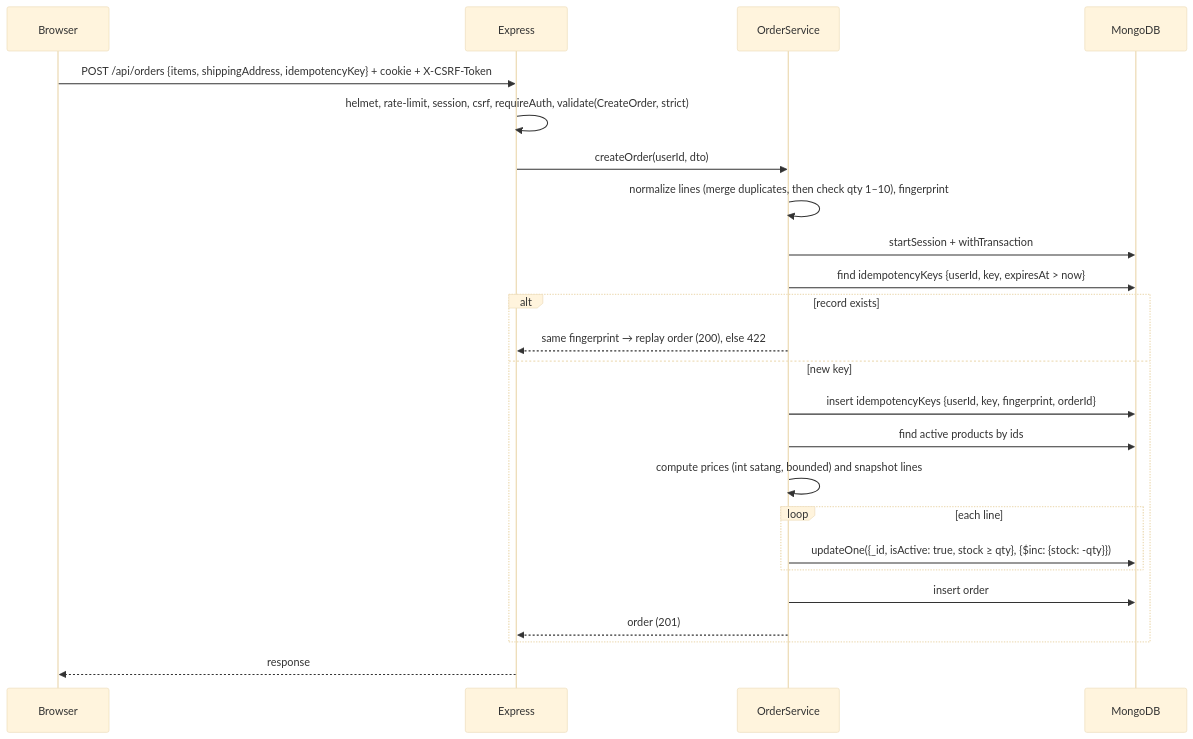
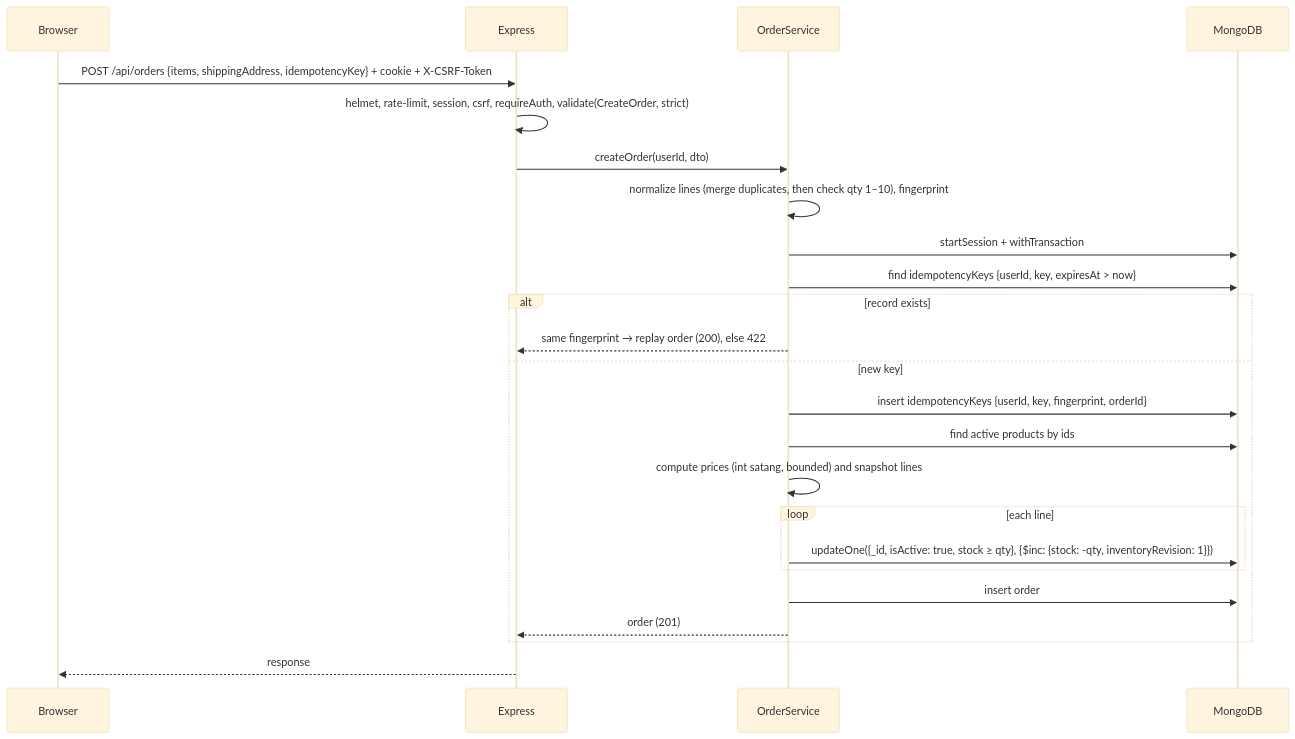
One commit to JameThaksin/it-peripheral-store changed the third of 3 diagrams in docs/architecture/SYSTEM_ARCHITECTURE.md. Above: the diagram before and after it, drawn with Mermaid (base theme). The commit also changed other lines of this file and 8 other files, not shown here.

````diff
--- a/docs/architecture/SYSTEM_ARCHITECTURE.md
+++ b/docs/architecture/SYSTEM_ARCHITECTURE.md
@@ -112,26 +112,26 @@
 ```mermaid
 sequenceDiagram
   participant B as Browser
   participant E as Express
   participant S as OrderService
   participant DB as MongoDB
   B->>E: POST /api/orders {items, shippingAddress, idempotencyKey} + cookie + X-CSRF-Token
   E->>E: helmet, rate-limit, session, csrf, requireAuth, validate(CreateOrder, strict)
   E->>S: createOrder(userId, dto)
   S->>S: normalize lines (merge duplicates, then check qty 1–10), fingerprint
   S->>DB: startSession + withTransaction
   S->>DB: find idempotencyKeys {userId, key, expiresAt > now}
   alt record exists
     S-->>E: same fingerprint → replay order (200), else 422
   else new key
     S->>DB: insert idempotencyKeys {userId, key, fingerprint, orderId}
     S->>DB: find active products by ids
     S->>S: compute prices (int satang, bounded) and snapshot lines
     loop each line
-      S->>DB: updateOne({_id, isActive: true, stock ≥ qty}, {$inc: {stock: -qty}})
+      S->>DB: updateOne({_id, isActive: true, stock ≥ qty}, {$inc: {stock: -qty, inventoryRevision: 1}})
     end
     S->>DB: insert order
     S-->>E: order (201)
   end
   E-->>B: response
 ```
````
